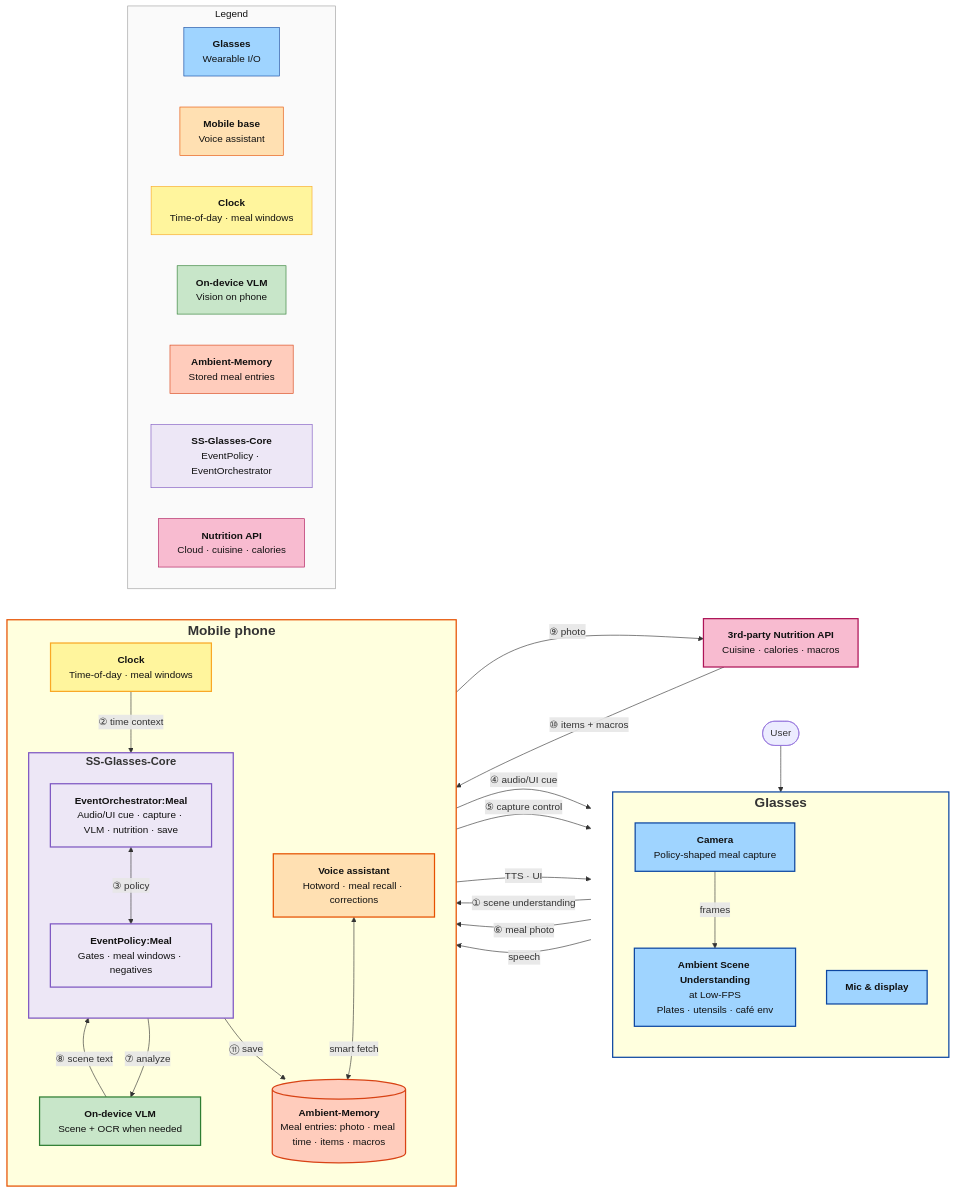
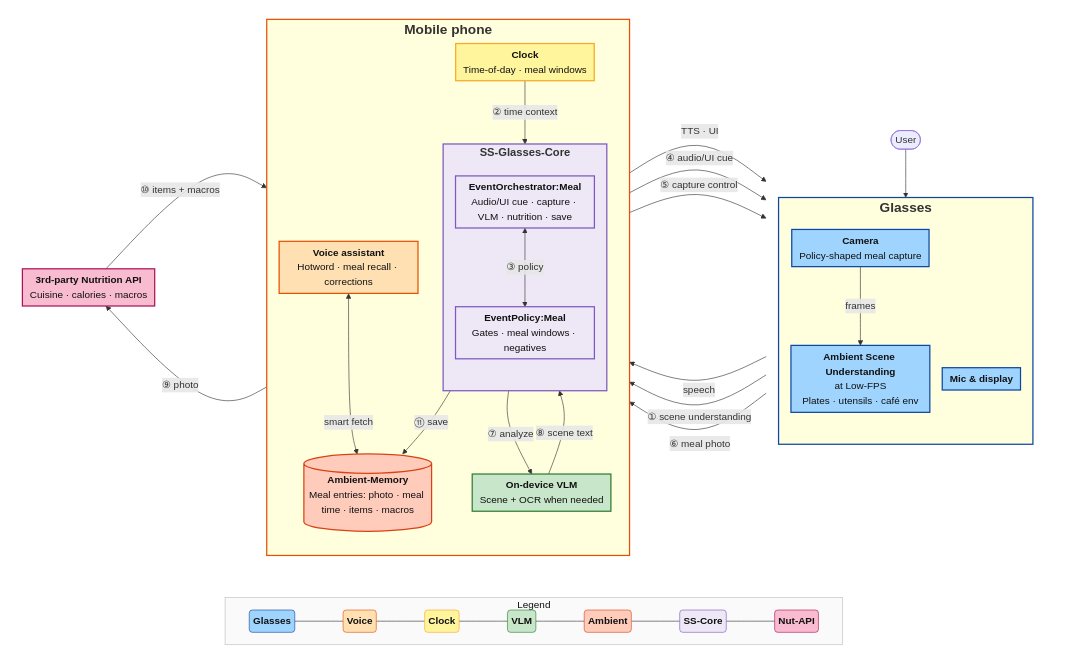
One commit to penkesiva/wer-26 changed the diagram in tmp/idea3_visual_food_logging_architecture.mermaid. Above: the diagram before and after it, drawn with Mermaid. The commit also changed 3 other files, not shown here.

First line of the commit message:
docs(idea2|3): match idea1 compact bottom legend and TB layout

```diff
--- a/tmp/idea3_visual_food_logging_architecture.mermaid
+++ b/tmp/idea3_visual_food_logging_architecture.mermaid
@@ -1,102 +1,113 @@
 %% Idea 3 — Visual Food Logging · mermaid.live
-%% LR columns: Glasses | Mobile (voice assistant inside) — Mic↔VA across column boundary
+%% TB: Glasses | Mobile | Nutrition API on top, compact legend bottom
 %% Smart-triggered: Ambient Scene Understanding at Low-FPS → policy → capture → VLM + Nutrition API → save
 %% <b>…</b> = bold title inside a box
-%%{init: {'flowchart': {'htmlLabels': true}}}%%
+%%{init: {'flowchart': {'htmlLabels': true, 'padding': 6, 'nodeSpacing': 20, 'rankSpacing': 28}}}%%
 
-flowchart LR
-    subgraph GCol[" "]
-        direction TB
-        User([User])
-        subgraph Glasses["<b><span style='font-size:22px'>Glasses</span></b>"]
+flowchart TB
+    subgraph MainRow[" "]
+        direction LR
+        subgraph GCol[" "]
             direction TB
-            Cam["<b>Camera</b><br/>Policy-shaped meal capture"]
-            SceneDet["<b>Ambient Scene Understanding</b><br/>at Low-FPS<br/>Plates · utensils · café env"]
-            Mic["<b>Mic & display</b>"]
+            User([User])
+            subgraph Glasses["<b><span style='font-size:22px'>Glasses</span></b>"]
+                direction TB
+                Cam["<b>Camera</b><br/>Policy-shaped meal capture"]
+                SceneDet["<b>Ambient Scene Understanding</b><br/>at Low-FPS<br/>Plates · utensils · café env"]
+                Mic["<b>Mic & display</b>"]
+            end
+        end
+
+        subgraph Mobile["<b><span style='font-size:22px'>Mobile phone</span></b>"]
+            direction TB
+            VA["<b>Voice assistant</b><br/>Hotword · meal recall · corrections"]
+            Clk["<b>Clock</b><br/>Time-of-day · meal windows"]
+            subgraph SSGC["<b><span style='font-size:18px'>SS-Glasses-Core</span></b>"]
+                direction TB
+                PolicyMeal["<b>EventPolicy:Meal</b><br/>Gates · meal windows · negatives"]
+                OrchMeal["<b>EventOrchestrator:Meal</b><br/>Audio/UI cue · capture · VLM · nutrition · save"]
+            end
+            VLM["<b>On-device VLM</b><br/>Scene + OCR when needed"]
+            AMEM[("<b>Ambient-Memory</b><br/>Meal entries: photo · meal time · items · macros")]
+        end
+
+        NutAPI["<b>3rd-party Nutrition API</b><br/>Cuisine · calories · macros"]
+    end
+
+    subgraph BottomDeck[" "]
+        direction RL
+        subgraph LegendRow["Legend"]
+            direction LR
+            LgG("<b>Glasses</b>")
+            LgM("<b>Voice</b>")
+            LgClk("<b>Clock</b>")
+            LgL("<b>VLM</b>")
+            LgA("<b>Ambient</b>")
+            LgS("<b>SS-Core</b>")
+            LgN("<b>Nut-API</b>")
+            LgG --- LgM --- LgClk --- LgL --- LgA --- LgS --- LgN
         end
     end
 
-    subgraph Mobile["<b><span style='font-size:22px'>Mobile phone</span></b>"]
-        direction TB
-        VA["<b>Voice assistant</b><br/>Hotword · meal recall · corrections"]
-        Clk["<b>Clock</b><br/>Time-of-day · meal windows"]
-        subgraph SSGC["<b><span style='font-size:18px'>SS-Glasses-Core</span></b>"]
-            direction TB
-            PolicyMeal["<b>EventPolicy:Meal</b><br/>Gates · meal windows · negatives"]
-            OrchMeal["<b>EventOrchestrator:Meal</b><br/>Audio/UI cue · capture · VLM · nutrition · save"]
-        end
-        VLM["<b>On-device VLM</b><br/>Scene + OCR when needed"]
-        AMEM[("<b>Ambient-Memory</b><br/>Meal entries: photo · meal time · items · macros")]
-    end
-
-    NutAPI["<b>3rd-party Nutrition API</b><br/>Cuisine · calories · macros"]
-
-    subgraph Legend["Legend"]
-        direction LR
-        LgG["<b>Glasses</b><br/>Wearable I/O"]
-        LgM["<b>Mobile base</b><br/>Voice assistant"]
-        LgClk["<b>Clock</b><br/>Time-of-day · meal windows"]
-        LgL["<b>On-device VLM</b><br/>Vision on phone"]
-        LgA["<b>Ambient-Memory</b><br/>Stored meal entries"]
-        LgS["<b>SS-Glasses-Core</b><br/>EventPolicy · EventOrchestrator"]
-        LgN["<b>Nutrition API</b><br/>Cloud · cuisine · calories"]
-    end
+    MainRow ~~~ BottomDeck
 
     Cam -->|"frames"| SceneDet
     SceneDet -->|"① scene understanding"| OrchMeal
     Clk -->|"② time context"| OrchMeal
     OrchMeal <-->|"③ policy"| PolicyMeal
 
     OrchMeal -->|"④ audio/UI cue"| Mic
     OrchMeal -->|"⑤ capture control"| Cam
     Cam -->|"⑥ meal photo"| OrchMeal
 
     OrchMeal -->|"⑦ analyze"| VLM
     VLM -->|"⑧ scene text"| OrchMeal
     OrchMeal -->|"⑨ photo"| NutAPI
     NutAPI -->|"⑩ items + macros"| OrchMeal
     OrchMeal -->|"⑪ save"| AMEM
 
     User --> Mic
     Mic -->|speech| VA
     VA -->|TTS · UI| Mic
     VA <-->|smart fetch| AMEM
 
     classDef glasses fill:#9fd4ff,stroke:#0d47a1,color:#111,stroke-width:2px
     classDef mobile fill:#ffe0b2,stroke:#e65100,color:#111,stroke-width:2px
     classDef clock fill:#fff59d,stroke:#f9a825,color:#111,stroke-width:2px
     classDef onDeviceVlm fill:#c8e6c9,stroke:#2e7d32,color:#111,stroke-width:2px
     classDef ambientMem fill:#ffccbc,stroke:#d84315,color:#111,stroke-width:2px
     classDef ssCoreLight fill:#ede7f6,stroke:#7e57c2,color:#111,stroke-width:2px
     classDef nutritionCloud fill:#f8bbd0,stroke:#ad1457,color:#111,stroke-width:2px
     classDef legendGlasses fill:#9fd4ff,stroke:#0d47a1,color:#111
     classDef legendMobile fill:#ffe0b2,stroke:#e65100,color:#111
     classDef legendClock fill:#fff59d,stroke:#f9a825,color:#111
     classDef legendLlm fill:#c8e6c9,stroke:#2e7d32,color:#111
     classDef legendAmbient fill:#ffccbc,stroke:#d84315,color:#111
     classDef legendSS fill:#ede7f6,stroke:#7e57c2,color:#111
     classDef legendNutrition fill:#f8bbd0,stroke:#ad1457,color:#111
-    classDef legendFrame fill:#fafafa,stroke:#9e9e9e,color:#111
     classDef colHidden fill:none,stroke:none,color:#111
 
     style SSGC fill:#ede7f6,stroke:#7e57c2,stroke-width:2px
     style GCol fill:none,stroke:none
     style Glasses stroke:#0d47a1,stroke-width:2px
     style Mobile stroke:#e65100,stroke-width:2px
+    style MainRow fill:none,stroke:none
+    style LegendRow fill:#fafafa,stroke:#bdbdbd,color:#111,stroke-width:1px
+    style BottomDeck fill:none,stroke:none
 
     class Cam,Mic,SceneDet glasses
     class Clk clock
     class VA mobile
     class VLM onDeviceVlm
     class AMEM ambientMem
     class PolicyMeal,OrchMeal ssCoreLight
     class NutAPI nutritionCloud
     class GCol colHidden
-    class Legend legendFrame
+
     class LgG legendGlasses
     class LgM legendMobile
     class LgClk legendClock
     class LgL legendLlm
     class LgA legendAmbient
     class LgS legendSS
     class LgN legendNutrition
```
